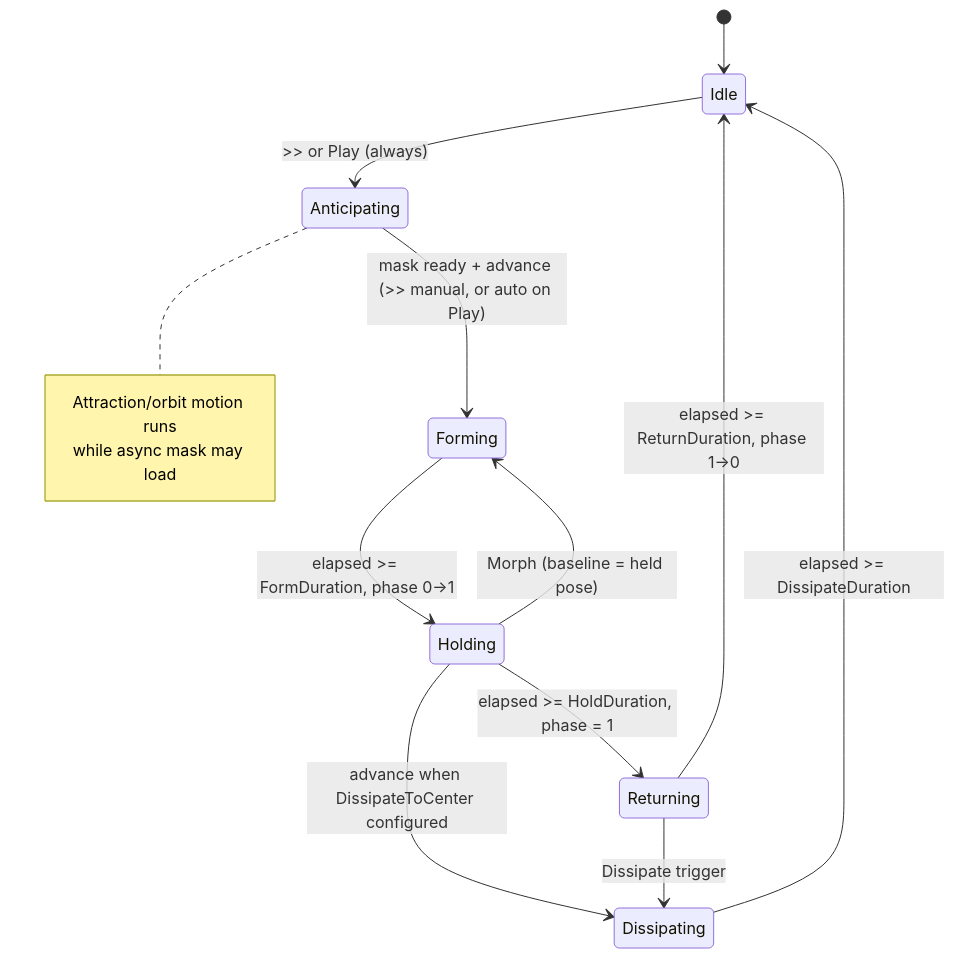
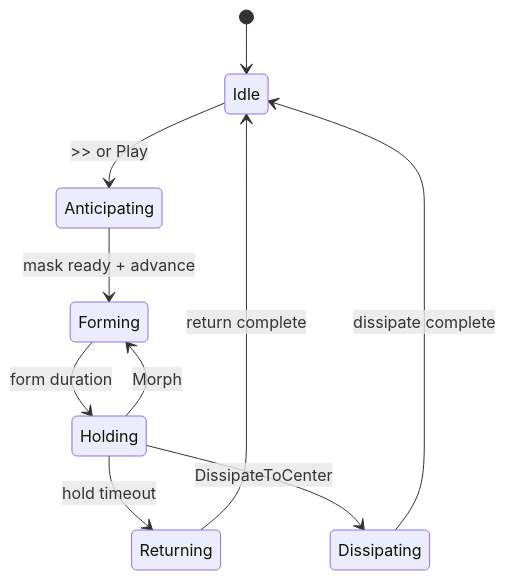
Before and after one commit to vecnode/metaagent-ue5-plugin: the fourth of 6 diagrams in README.md, drawn with Mermaid. The commit also changed other lines of this file and 2 other files, not shown here.

````diff
--- a/README.md
+++ b/README.md
@@ -796,18 +223,12 @@
 ```mermaid
 stateDiagram-v2
     [*] --> Idle
-    Idle --> Anticipating: >> or Play (always)
-    Anticipating --> Forming: mask ready + advance (>> manual, or auto on Play)
-    Forming --> Holding: elapsed >= FormDuration, phase 0→1
-    Holding --> Returning: elapsed >= HoldDuration, phase = 1
-    Holding --> Forming: Morph (baseline = held pose)
-    Holding --> Dissipating: advance when DissipateToCenter configured
-    Returning --> Idle: elapsed >= ReturnDuration, phase 1→0
-    Returning --> Dissipating: Dissipate trigger
-    Dissipating --> Idle: elapsed >= DissipateDuration
-    note right of Anticipating
-        Attraction/orbit motion runs
-        while async mask may load
-    end note
-
+    Idle --> Anticipating: >> or Play
+    Anticipating --> Forming: mask ready + advance
+    Forming --> Holding: form duration
+    Holding --> Returning: hold timeout
+    Holding --> Forming: Morph
+    Holding --> Dissipating: DissipateToCenter
+    Returning --> Idle: return complete
+    Dissipating --> Idle: dissipate complete
 ```
````
